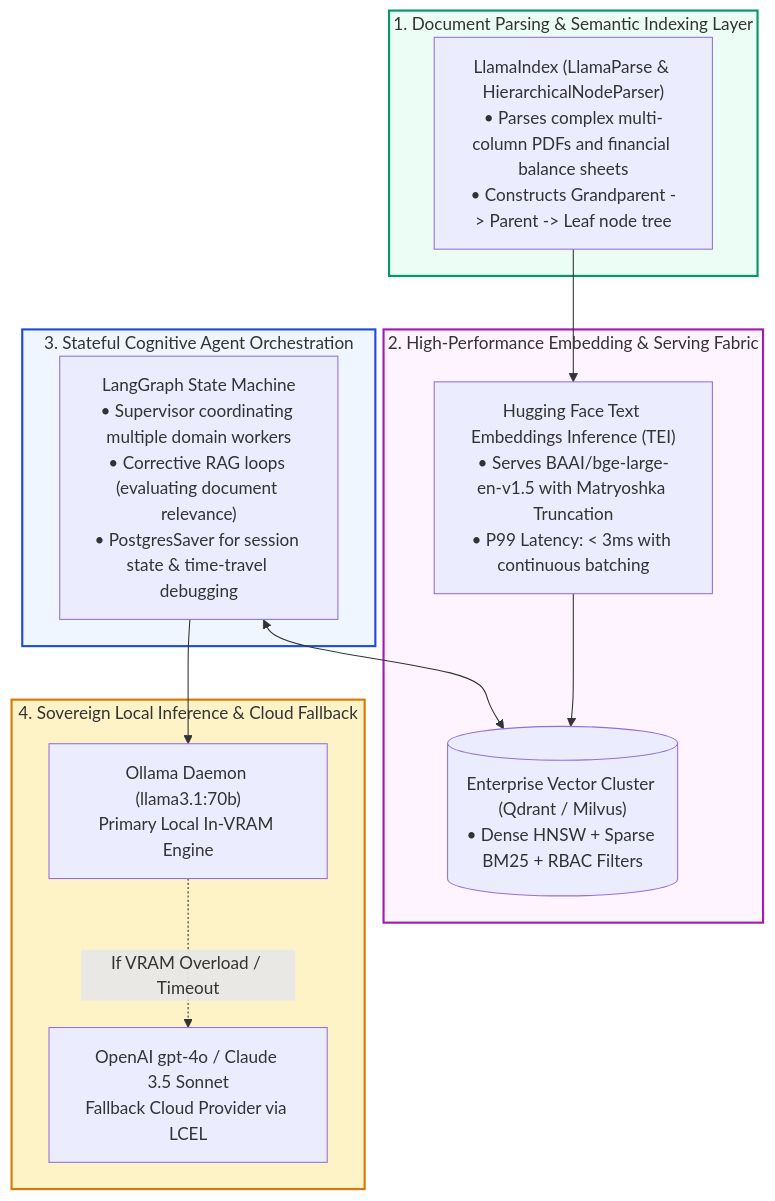
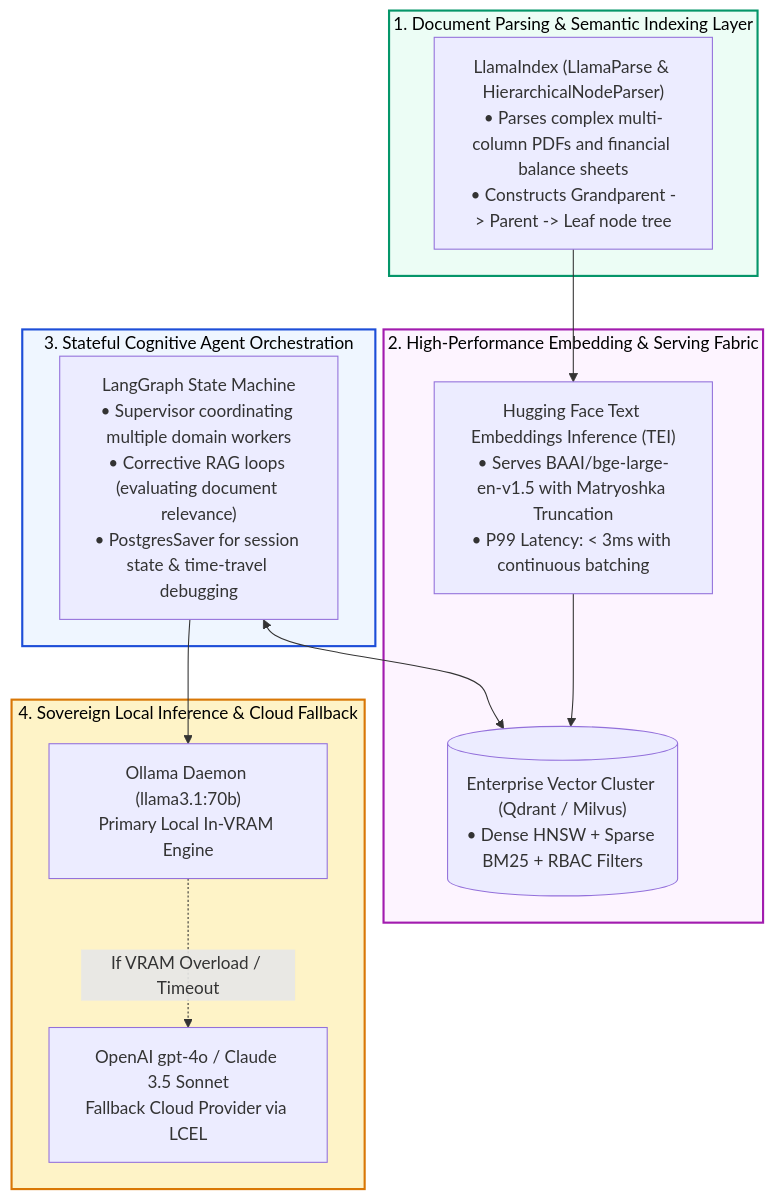
Before and after one commit to swapnil3104/RAG-Engineering: the third of 3 diagrams in 11-Frameworks-and-Tools/README.md, drawn with Mermaid. The commit also changed other lines of this file and 108 other files, not shown here.

Commit message:
fix: make chart text visible across all Mermaid diagrams and resolve markdown table formatting issues

````diff
--- a/11-Frameworks-and-Tools/README.md
+++ b/11-Frameworks-and-Tools/README.md
@@ -119,31 +119,31 @@
 ```mermaid
 flowchart TD
     subgraph Layer1 ["1. Document Parsing & Semantic Indexing Layer"]
         LlamaParser["LlamaIndex (LlamaParse & HierarchicalNodeParser)<br/>• Parses complex multi-column PDFs and financial balance sheets<br/>• Constructs Grandparent -> Parent -> Leaf node tree"]
     end
 
     subgraph Layer2 ["2. High-Performance Embedding & Serving Fabric"]
         HF_TEI["Hugging Face Text Embeddings Inference (TEI)<br/>• Serves BAAI/bge-large-en-v1.5 with Matryoshka Truncation<br/>• P99 Latency: < 3ms with continuous batching"]
         VDB[("Enterprise Vector Cluster (Qdrant / Milvus)<br/>• Dense HNSW + Sparse BM25 + RBAC Filters")]
         HF_TEI --> VDB
     end
 
     subgraph Layer3 ["3. Stateful Cognitive Agent Orchestration"]
         LG_Runtime["LangGraph State Machine<br/>• Supervisor coordinating multiple domain workers<br/>• Corrective RAG loops (evaluating document relevance)<br/>• PostgresSaver for session state & time-travel debugging"]
     end
 
     subgraph Layer4 ["4. Sovereign Local Inference & Cloud Fallback"]
         OllamaLocal["Ollama Daemon (llama3.1:70b)<br/>Primary Local In-VRAM Engine"]
         CloudBackup["OpenAI gpt-4o / Claude 3.5 Sonnet<br/>Fallback Cloud Provider via LCEL"]
     end
 
     LlamaParser --> HF_TEI
     LG_Runtime <--> VDB
     LG_Runtime --> OllamaLocal
     OllamaLocal -.->|"If VRAM Overload / Timeout"| CloudBackup
 
-    style Layer1 fill:#ecfdf5,stroke:#059669,stroke-width:2px
-    style Layer2 fill:#fdf4ff,stroke:#a21caf,stroke-width:2px
-    style Layer3 fill:#eff6ff,stroke:#1d4ed8,stroke-width:2px
-    style Layer4 fill:#fef3c7,stroke:#d97706,stroke-width:2px
+    style Layer1 fill:#ecfdf5,stroke:#059669,stroke-width:2px,color:#000000
+    style Layer2 fill:#fdf4ff,stroke:#a21caf,stroke-width:2px,color:#000000
+    style Layer3 fill:#eff6ff,stroke:#1d4ed8,stroke-width:2px,color:#000000
+    style Layer4 fill:#fef3c7,stroke:#d97706,stroke-width:2px,color:#000000
 ```
````
